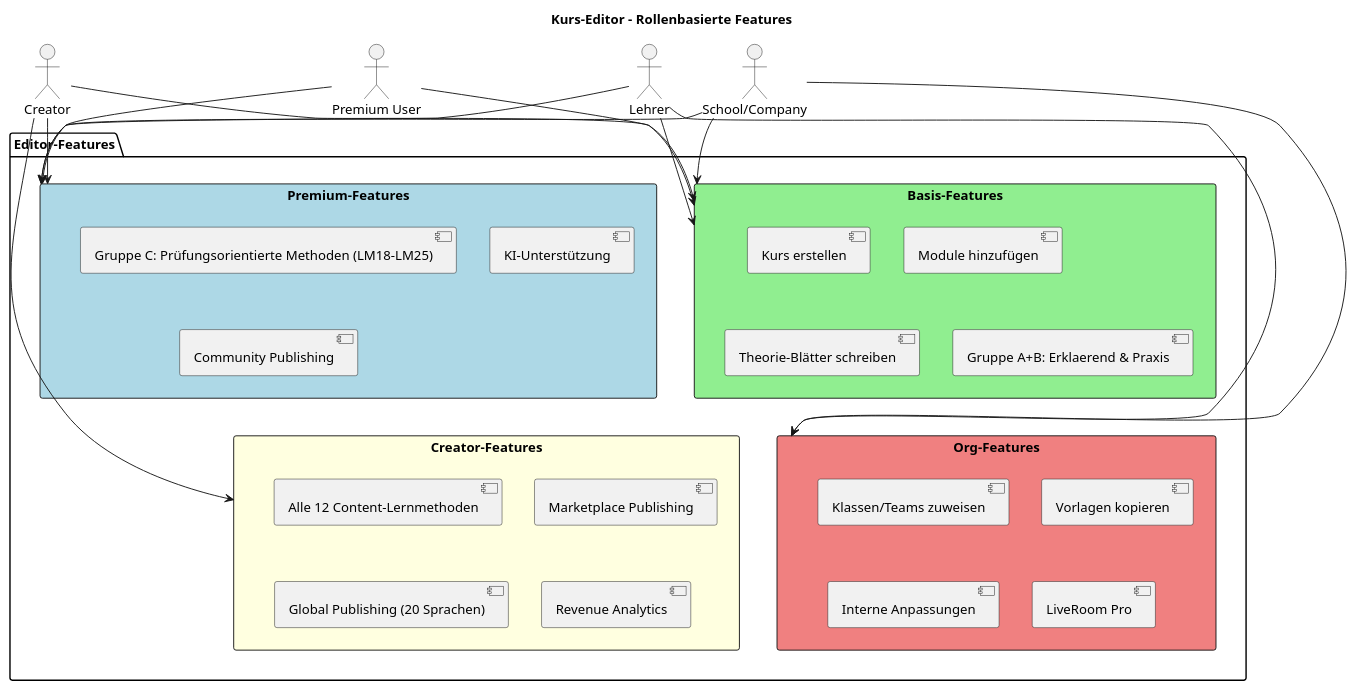
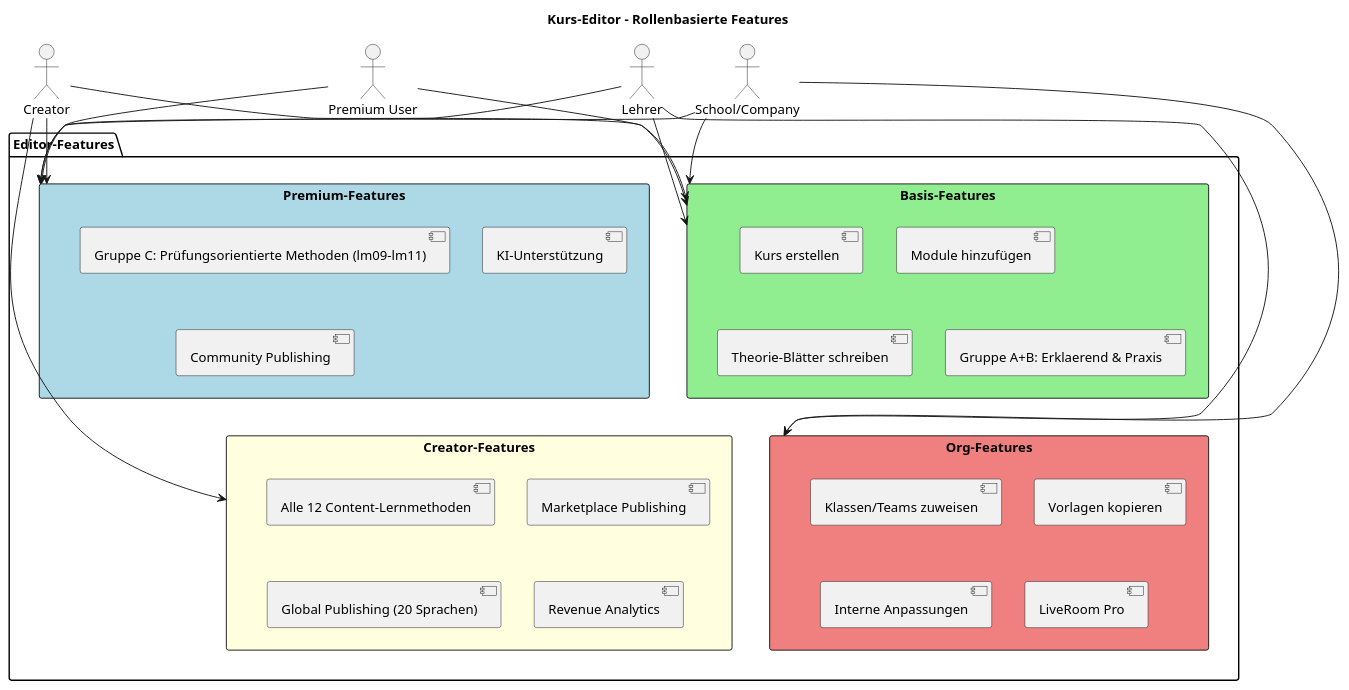
Diagram 11 of 17 in LernsystemX-Doku/01_Core/04_Kurs-Architektur.md (flokflok1/lernseite), drawn with PlantUML before and after one commit. The commit also changed other lines of this file and 74 other files, not shown here.

Commit message:
docs: align architecture (LM vs SF vs Runner) + panel migration

````diff
--- a/LernsystemX-Doku/01_Core/04_Kurs-Architektur.md
+++ b/LernsystemX-Doku/01_Core/04_Kurs-Architektur.md
@@ -879,56 +902,56 @@
 ```plantuml
 @startuml
 title Kurs-Editor - Rollenbasierte Features
 
 actor "Premium User" as premium
 actor "Creator" as creator
 actor "Lehrer" as teacher
 actor "School/Company" as org
 
 package "Editor-Features" {
 
   rectangle "Basis-Features" #LightGreen {
     [Kurs erstellen]
     [Module hinzufügen]
     [Theorie-Blätter schreiben]
     [Gruppe A+B: Erklaerend & Praxis]
   }
 
   rectangle "Premium-Features" #LightBlue {
-    [Gruppe C: Prüfungsorientierte Methoden (LM18–LM25)]
+    [Gruppe C: Prüfungsorientierte Methoden (lm09–lm11)]
     [KI-Unterstützung]
     [Community Publishing]
   }
 
   rectangle "Creator-Features" #LightYellow {
     [Alle 12 Content-Lernmethoden]
     [Marketplace Publishing]
     [Global Publishing (20 Sprachen)]
     [Revenue Analytics]
   }
 
   rectangle "Org-Features" #LightCoral {
     [Klassen/Teams zuweisen]
     [Vorlagen kopieren]
     [Interne Anpassungen]
     [LiveRoom Pro]
   }
 }
 
 premium --> "Basis-Features"
 premium --> "Premium-Features"
 
 creator --> "Basis-Features"
 creator --> "Premium-Features"
 creator --> "Creator-Features"
 
 teacher --> "Basis-Features"
 teacher --> "Premium-Features"
 teacher --> "Org-Features"
 
 org --> "Basis-Features"
 org --> "Premium-Features"
 org --> "Org-Features"
 
 @enduml
 ```
````
